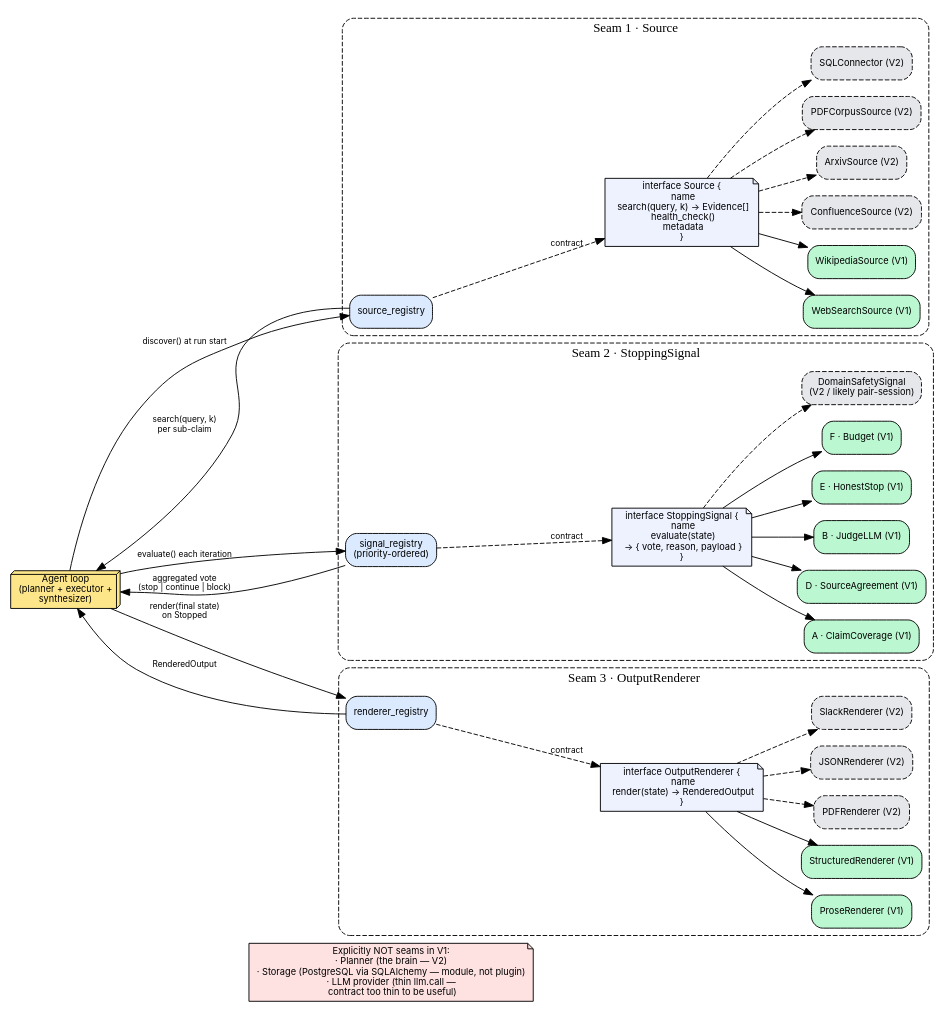
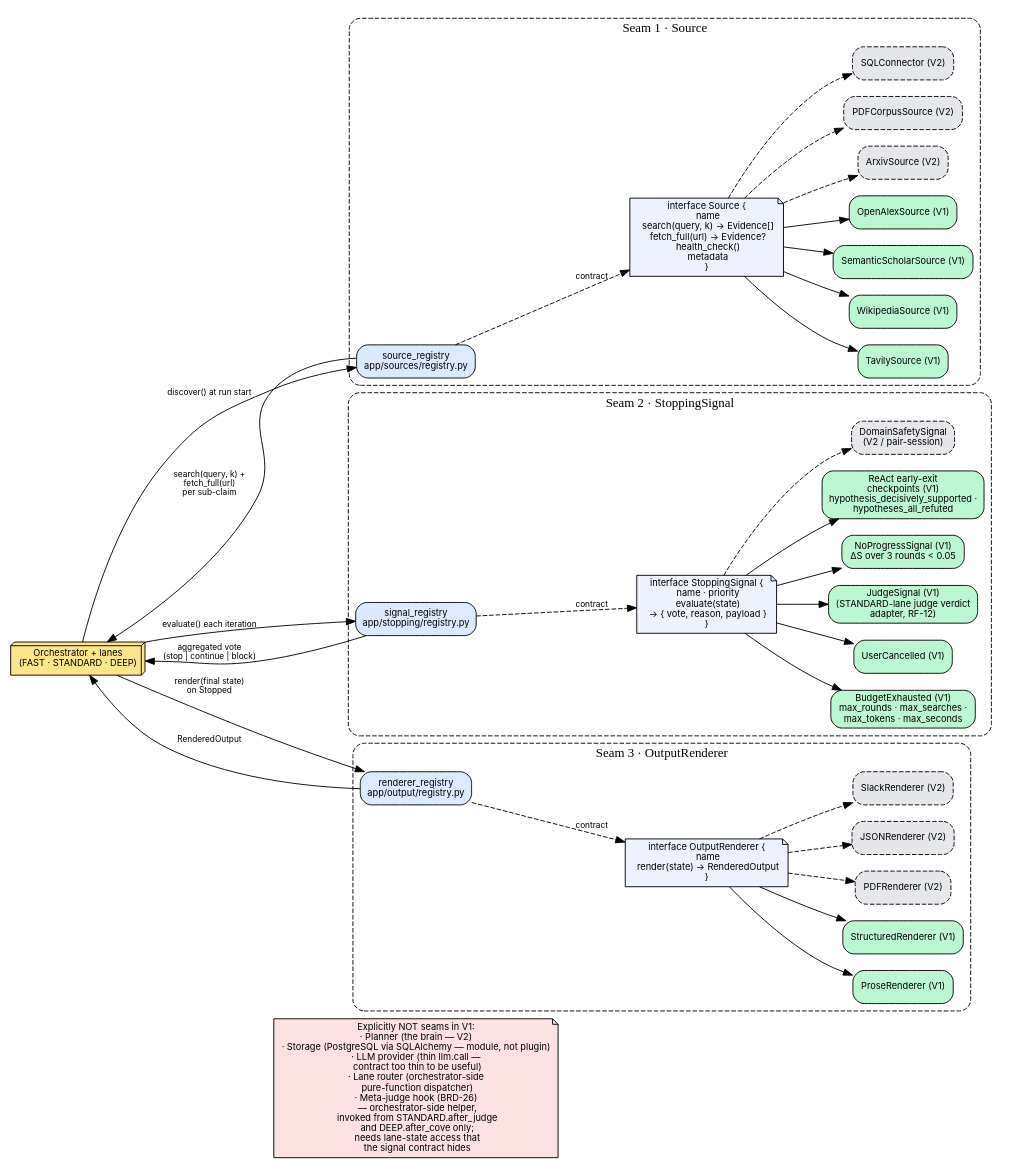
The fifth of 11 diagrams in docs/understanding-phase/data-flows-and-diagrams.md (hgmancholam/novum), drawn with Graphviz before and after one commit. The commit also changed other lines of this file and 15 other files, not shown here.

````diff
--- a/docs/understanding-phase/data-flows-and-diagrams.md
+++ b/docs/understanding-phase/data-flows-and-diagrams.md
@@ -518,80 +612,82 @@
 ```dot
 digraph Seams {
   rankdir=LR;
   node [shape=box, style="rounded,filled", fontname="Inter", fontsize=10];
   edge [fontname="Inter", fontsize=9];
 
-  loop [label="Agent loop\n(planner + executor +\nsynthesizer)", fillcolor="#fde68a", shape=box3d];
+  loop [label="Orchestrator + lanes\n(FAST · STANDARD · DEEP)", fillcolor="#fde68a", shape=box3d];
 
   subgraph cluster_s1 {
     label="Seam 1 · Source"; style="rounded,dashed";
-    src_reg   [label="source_registry", fillcolor="#dbeafe"];
-    src_iface [label="interface Source {\n  name\n  search(query, k) → Evidence[]\n  health_check()\n  metadata\n}", shape=note, fillcolor="#eef2ff"];
-    src_web   [label="WebSearchSource (V1)",  fillcolor="#bbf7d0"];
-    src_wiki  [label="WikipediaSource (V1)",  fillcolor="#bbf7d0"];
-    src_v2a   [label="ConfluenceSource (V2)", fillcolor="#e5e7eb", style="rounded,filled,dashed"];
-    src_v2b   [label="ArxivSource (V2)",      fillcolor="#e5e7eb", style="rounded,filled,dashed"];
-    src_v2c   [label="PDFCorpusSource (V2)",  fillcolor="#e5e7eb", style="rounded,filled,dashed"];
-    src_v2d   [label="SQLConnector (V2)",     fillcolor="#e5e7eb", style="rounded,filled,dashed"];
+    src_reg   [label="source_registry\napp/sources/registry.py", fillcolor="#dbeafe"];
+    src_iface [label="interface Source {\n  name\n  search(query, k) → Evidence[]\n  fetch_full(url) → Evidence?\n  health_check()\n  metadata\n}", shape=note, fillcolor="#eef2ff"];
+    src_tav  [label="TavilySource (V1)",         fillcolor="#bbf7d0"];
+    src_wiki [label="WikipediaSource (V1)",      fillcolor="#bbf7d0"];
+    src_s2   [label="SemanticScholarSource (V1)",fillcolor="#bbf7d0"];
+    src_oa   [label="OpenAlexSource (V1)",       fillcolor="#bbf7d0"];
+    src_v2a  [label="ArxivSource (V2)",          fillcolor="#e5e7eb", style="rounded,filled,dashed"];
+    src_v2b  [label="PDFCorpusSource (V2)",      fillcolor="#e5e7eb", style="rounded,filled,dashed"];
+    src_v2c  [label="SQLConnector (V2)",         fillcolor="#e5e7eb", style="rounded,filled,dashed"];
   }
 
   subgraph cluster_s2 {
     label="Seam 2 · StoppingSignal"; style="rounded,dashed";
-    sig_reg   [label="signal_registry\n(priority-ordered)", fillcolor="#dbeafe"];
-    sig_iface [label="interface StoppingSignal {\n  name\n  evaluate(state)\n  → { vote, reason, payload }\n}", shape=note, fillcolor="#eef2ff"];
-    sig_a [label="A · ClaimCoverage (V1)",  fillcolor="#bbf7d0"];
-    sig_d [label="D · SourceAgreement (V1)",fillcolor="#bbf7d0"];
-    sig_b [label="B · JudgeLLM (V1)",       fillcolor="#bbf7d0"];
-    sig_e [label="E · HonestStop (V1)",     fillcolor="#bbf7d0"];
-    sig_f [label="F · Budget (V1)",         fillcolor="#bbf7d0"];
-    sig_v2 [label="DomainSafetySignal\n(V2 / likely pair-session)", fillcolor="#e5e7eb", style="rounded,filled,dashed"];
+    sig_reg   [label="signal_registry\napp/stopping/registry.py", fillcolor="#dbeafe"];
+    sig_iface [label="interface StoppingSignal {\n  name · priority\n  evaluate(state)\n  → { vote, reason, payload }\n}", shape=note, fillcolor="#eef2ff"];
+    sig_budget [label="BudgetExhausted (V1)\nmax_rounds · max_searches ·\nmax_tokens · max_seconds", fillcolor="#bbf7d0"];
+    sig_cancel [label="UserCancelled (V1)",      fillcolor="#bbf7d0"];
+    sig_judge  [label="JudgeSignal (V1)\n(STANDARD-lane judge verdict\nadapter, RF-12)", fillcolor="#bbf7d0"];
+    sig_nop    [label="NoProgressSignal (V1)\nΔS over 3 rounds < 0.05", fillcolor="#bbf7d0"];
+    sig_react  [label="ReAct early-exit\ncheckpoints (V1)\nhypothesis_decisively_supported ·\nhypotheses_all_refuted", fillcolor="#bbf7d0"];
+    sig_v2     [label="DomainSafetySignal\n(V2 / pair-session)", fillcolor="#e5e7eb", style="rounded,filled,dashed"];
   }
 
   subgraph cluster_s3 {
     label="Seam 3 · OutputRenderer"; style="rounded,dashed";
-    out_reg   [label="renderer_registry", fillcolor="#dbeafe"];
+    out_reg   [label="renderer_registry\napp/output/registry.py", fillcolor="#dbeafe"];
     out_iface [label="interface OutputRenderer {\n  name\n  render(state) → RenderedOutput\n}", shape=note, fillcolor="#eef2ff"];
     out_prose [label="ProseRenderer (V1)",      fillcolor="#bbf7d0"];
     out_struct[label="StructuredRenderer (V1)", fillcolor="#bbf7d0"];
     out_v2a   [label="PDFRenderer (V2)",        fillcolor="#e5e7eb", style="rounded,filled,dashed"];
     out_v2b   [label="JSONRenderer (V2)",       fillcolor="#e5e7eb", style="rounded,filled,dashed"];
     out_v2c   [label="SlackRenderer (V2)",      fillcolor="#e5e7eb", style="rounded,filled,dashed"];
   }
 
-  nonseam [label="Explicitly NOT seams in V1:\n· Planner (the brain — V2)\n· Storage (PostgreSQL via SQLAlchemy — module, not plugin)\n· LLM provider (thin llm.call —\n  contract too thin to be useful)", shape=note, fillcolor="#fee2e2"];
+  nonseam [label="Explicitly NOT seams in V1:\n· Planner (the brain — V2)\n· Storage (PostgreSQL via SQLAlchemy — module, not plugin)\n· LLM provider (thin llm.call —\n  contract too thin to be useful)\n· Lane router (orchestrator-side\n  pure-function dispatcher)\n· Meta-judge hook (BRD-26)\n  — orchestrator-side helper,\n  invoked from STANDARD.after_judge\n  and DEEP.after_cove only;\n  needs lane-state access that\n  the signal contract hides", shape=note, fillcolor="#fee2e2"];
 
   // Seam 1 wiring
   loop -> src_reg [label="discover() at run start"];
   src_reg -> src_iface [style=dashed, label="contract"];
-  src_iface -> src_web;
+  src_iface -> src_tav;
   src_iface -> src_wiki;
+  src_iface -> src_s2;
+  src_iface -> src_oa;
   src_iface -> src_v2a [style=dashed];
   src_iface -> src_v2b [style=dashed];
   src_iface -> src_v2c [style=dashed];
-  src_iface -> src_v2d [style=dashed];
-  src_reg -> loop [label="search(query, k)\nper sub-claim"];
+  src_reg -> loop [label="search(query, k) +\nfetch_full(url)\nper sub-claim"];
 
   // Seam 2 wiring
   loop -> sig_reg [label="evaluate() each iteration"];
   sig_reg -> sig_iface [style=dashed, label="contract"];
-  sig_iface -> sig_a;
-  sig_iface -> sig_d;
-  sig_iface -> sig_b;
-  sig_iface -> sig_e;
-  sig_iface -> sig_f;
+  sig_iface -> sig_budget;
+  sig_iface -> sig_cancel;
+  sig_iface -> sig_judge;
+  sig_iface -> sig_nop;
+  sig_iface -> sig_react;
   sig_iface -> sig_v2 [style=dashed];
   sig_reg -> loop [label="aggregated vote\n(stop | continue | block)"];
 
   // Seam 3 wiring
   loop -> out_reg [label="render(final state)\non Stopped"];
   out_reg -> out_iface [style=dashed, label="contract"];
   out_iface -> out_prose;
   out_iface -> out_struct;
   out_iface -> out_v2a [style=dashed];
   out_iface -> out_v2b [style=dashed];
   out_iface -> out_v2c [style=dashed];
   out_reg -> loop [label="RenderedOutput"];
 
   loop -> nonseam [style=invis];
 }
 ```
````
